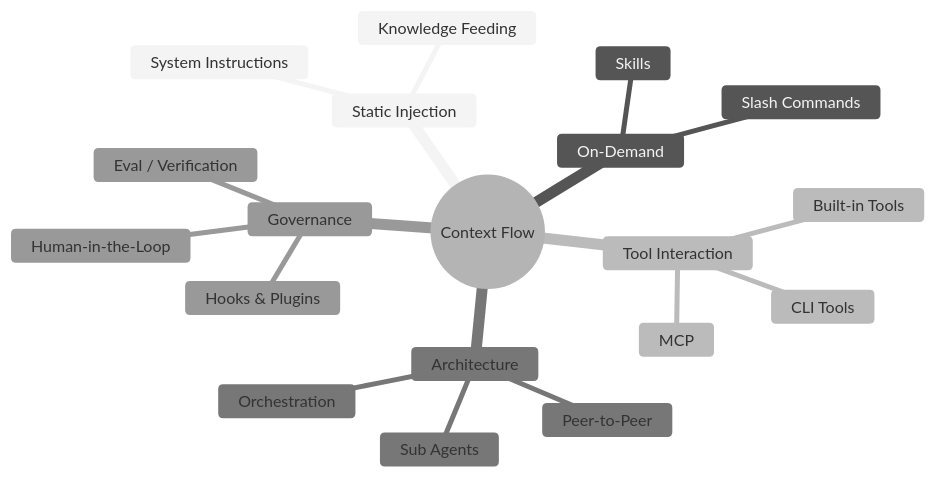
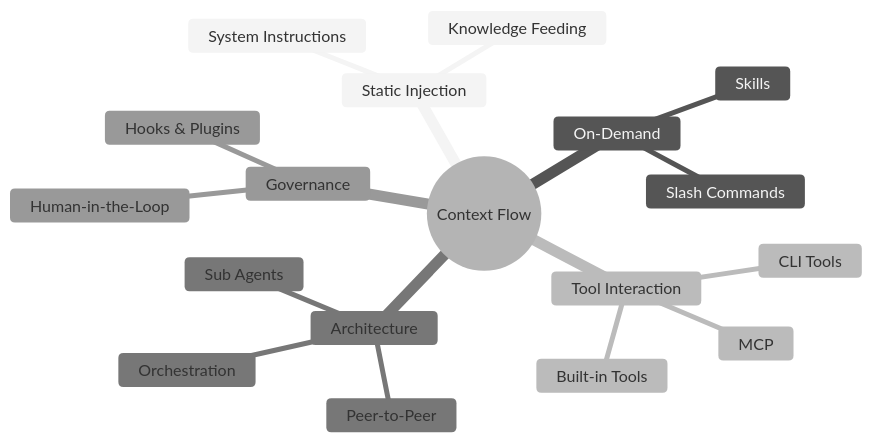
The fourth of 4 diagrams in docs/en/guide/context.md (cuipengfei/adopt-agentic), drawn with Mermaid (neutral theme) before and after one commit. The commit also changed other lines of this file and 37 other files, not shown here.

````diff
--- a/docs/en/guide/context.md
+++ b/docs/en/guide/context.md
@@ -301,22 +300,21 @@
 ```mermaid
 mindmap
   root((Context Flow))
     Static Injection
       System Instructions
       Knowledge Feeding
     On-Demand
       Slash Commands
       Skills
     Tool Interaction
       Built-in Tools
       MCP
       CLI Tools
     Architecture
       Orchestration
       Sub Agents
       Peer-to-Peer
     Governance
-      Eval / Verification
       Human-in-the-Loop
       Hooks & Plugins
 ```
````
